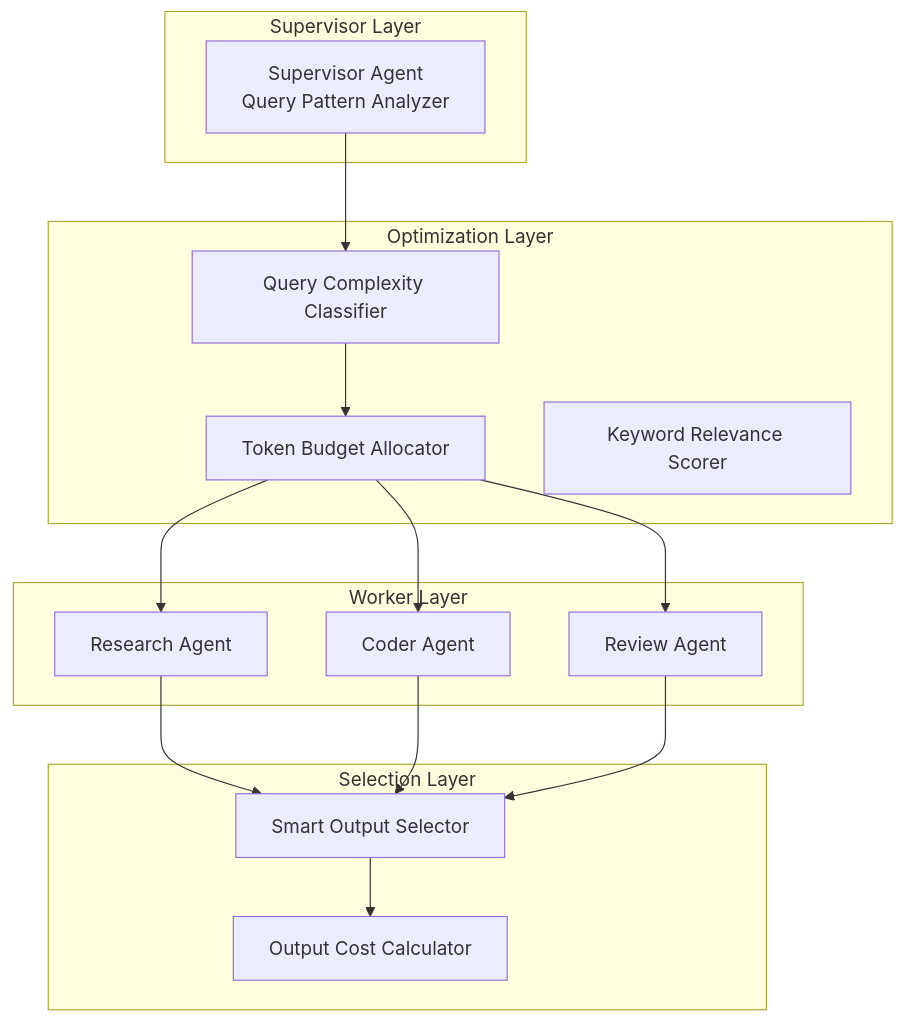
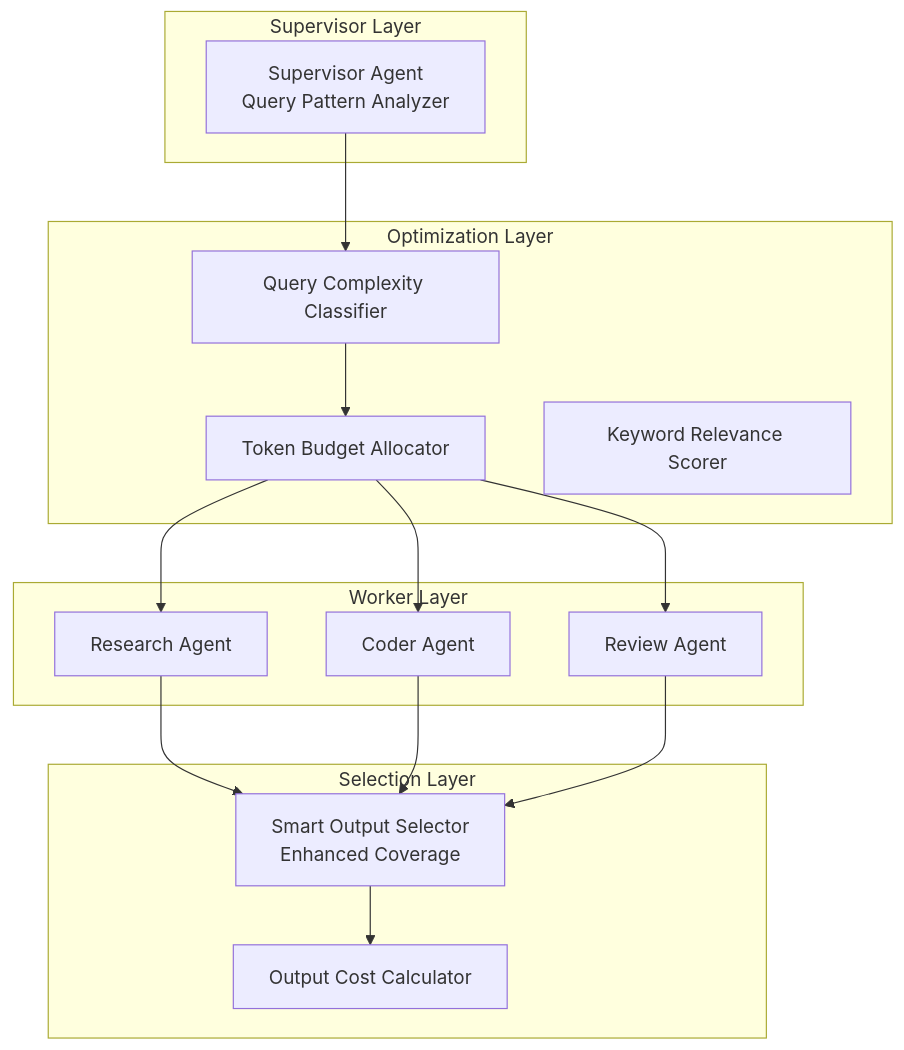
One commit to xiangbianpangde/mas-evolution-test changed the diagram in README.md. Above: the diagram before and after it, drawn with Mermaid. The commit also changed other lines of this file, not shown here.

````diff
--- a/README.md
+++ b/README.md
@@ -16,33 +16,33 @@
 ```mermaid
 graph TB
     subgraph "Supervisor Layer"
         S[Supervisor Agent<br/>Query Pattern Analyzer]
     end
     
     subgraph "Optimization Layer"
         Q[Query Complexity Classifier]
         T[Token Budget Allocator]
         R[Keyword Relevance Scorer]
     end
     
     subgraph "Worker Layer"
         W1[Research Agent]
         W2[Coder Agent]
         W3[Review Agent]
     end
     
     subgraph "Selection Layer"
-        O[Smart Output Selector]
+        O[Smart Output Selector<br/>Enhanced Coverage]
         C[Output Cost Calculator]
     end
     
     S --> Q
     Q --> T
     T --> W1
     T --> W2
     T --> W3
     W1 --> O
     W2 --> O
     W3 --> O
     O --> C
 ```
````
